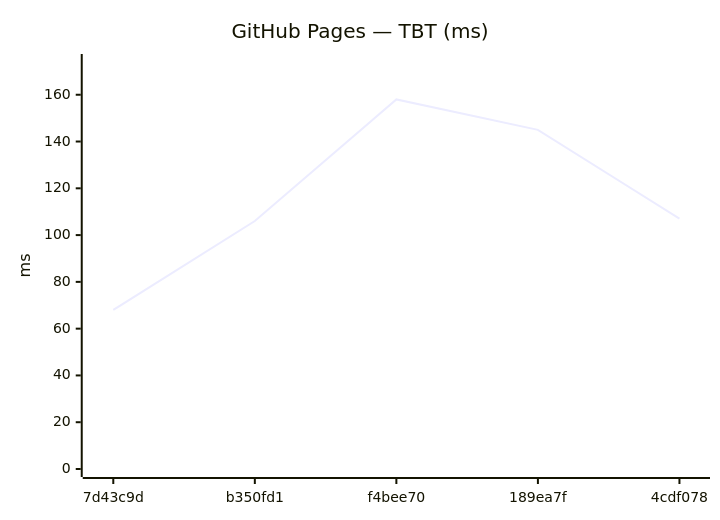
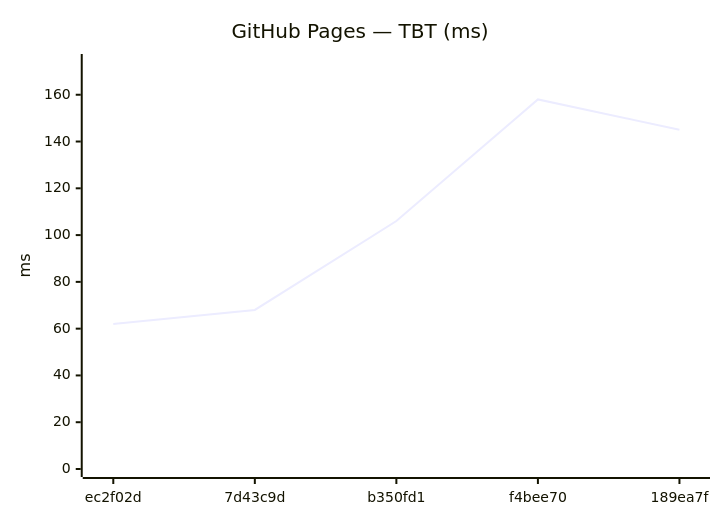
One commit to Metaheurist/Rianell changed the tenth of 18 diagrams in benchmarks/compare.md. Above: the diagram before and after it, drawn with Mermaid. The commit also changed other lines of this file and 11 other files, not shown here.

````diff
--- a/benchmarks/compare.md
+++ b/benchmarks/compare.md
@@ -149,7 +149,7 @@
 ```mermaid
 xychart-beta
     title "GitHub Pages — TBT (ms)"
-    x-axis ["7d43c9d", "b350fd1", "f4bee70", "189ea7f", "4cdf078"]
+    x-axis ["ec2f02d", "7d43c9d", "b350fd1", "f4bee70", "189ea7f"]
     y-axis "ms" 0 --> 174
-    line [68, 106, 158, 145, 107]
+    line [62, 68, 106, 158, 145]
 ```
````
